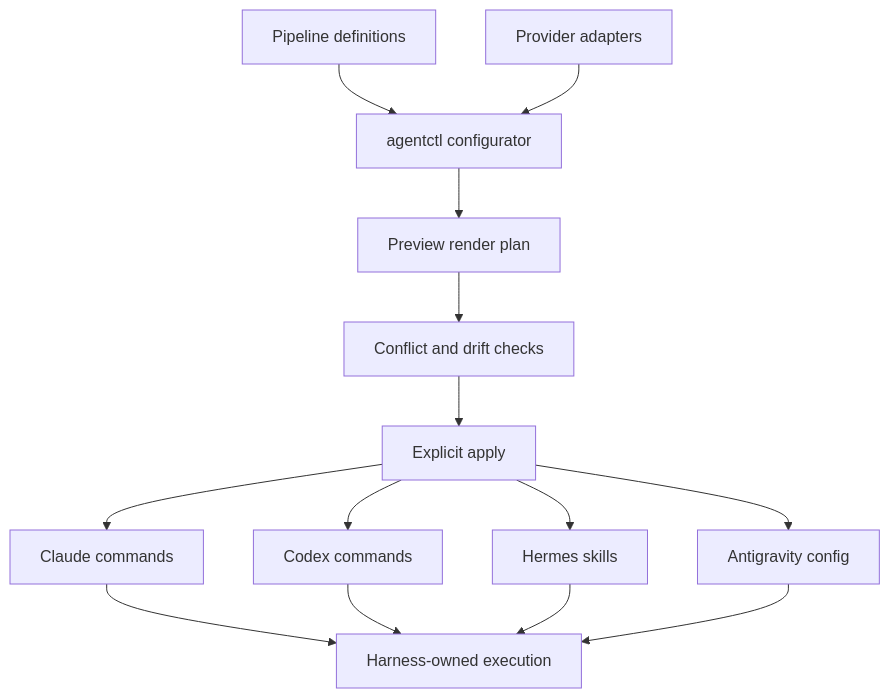
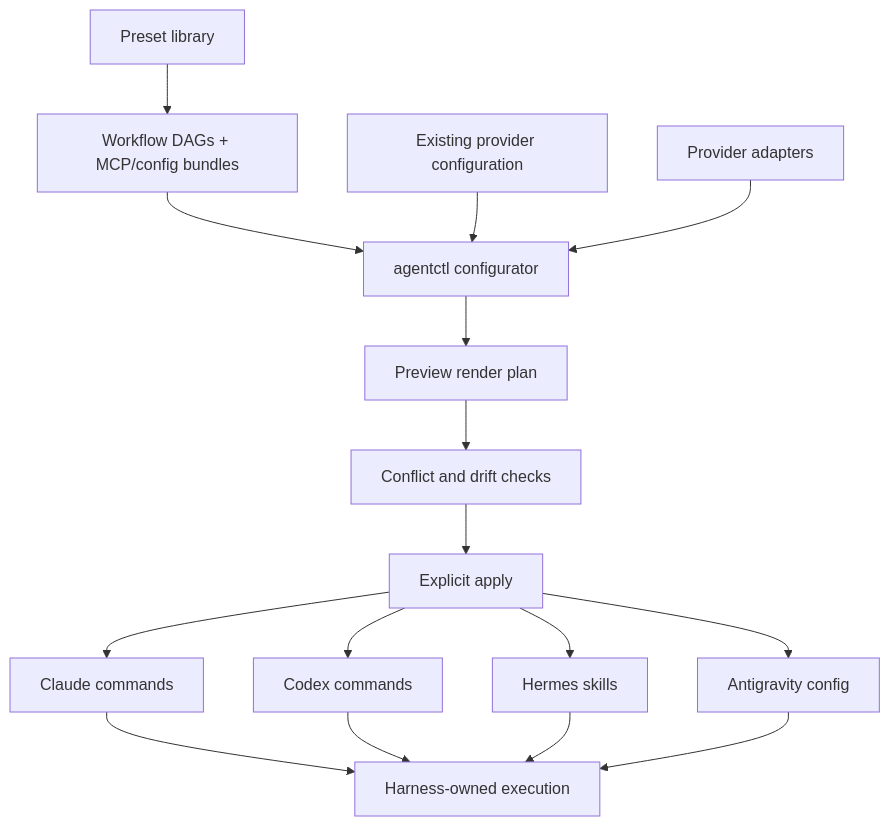
One commit to riidii-md/agentnyk-maisternia changed the diagram in docs/WORKFLOW.md. Above: the diagram before and after it, drawn with Mermaid. The commit also changed other lines of this file and 9 other files, not shown here.

Commit message:
docs: distinguish presets from pipeline dags

````diff
--- a/docs/WORKFLOW.md
+++ b/docs/WORKFLOW.md
@@ -154,16 +179,18 @@
 ```mermaid
 flowchart TD
-    D[Pipeline definitions] --> C[agentctl configurator]
+    L[Preset library] --> D[Workflow DAGs + MCP/config bundles]
+    D --> C[agentctl configurator]
+    E[Existing provider configuration] --> C
     A[Provider adapters] --> C
     C --> P[Preview render plan]
     P --> X[Conflict and drift checks]
     X --> I[Explicit apply]
     I --> CC[Claude commands]
     I --> CX[Codex commands]
     I --> H[Hermes skills]
     I --> AGY[Antigravity config]
     CC --> R[Harness-owned execution]
     CX --> R
     H --> R
     AGY --> R
 ```
````
